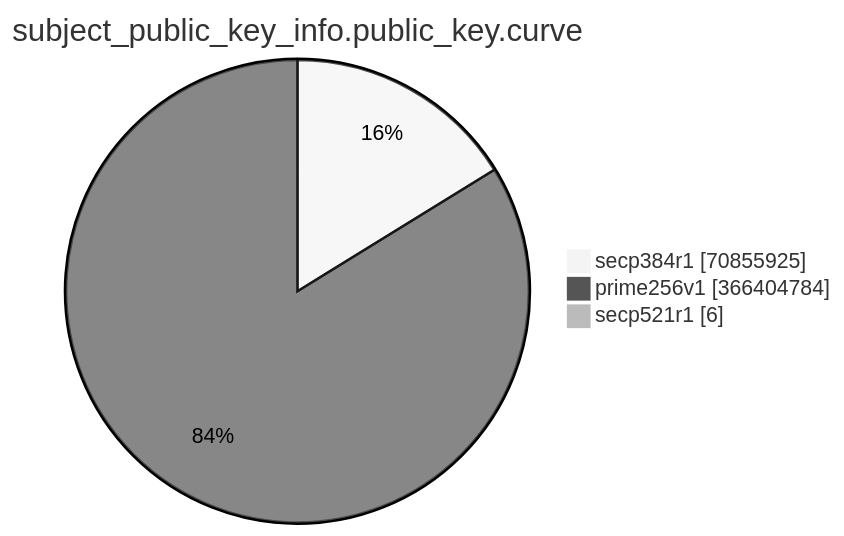
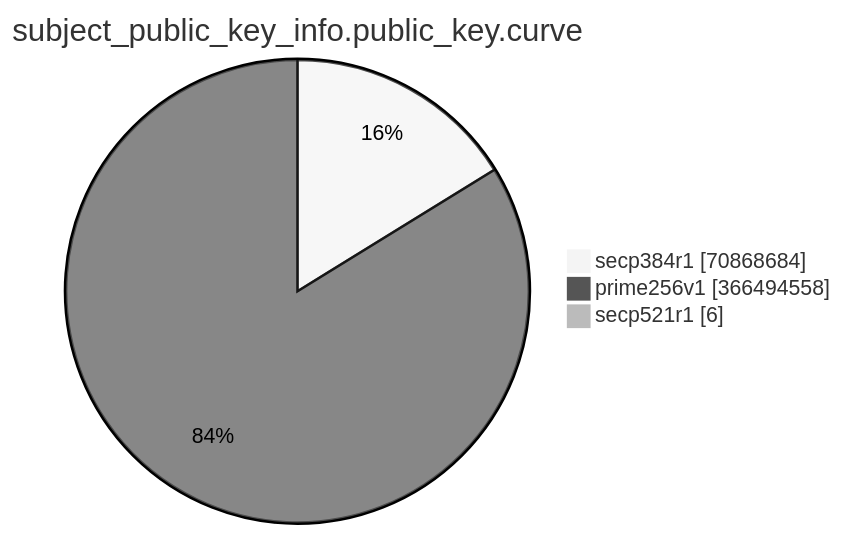
One commit to christiankrug/ctmonitor_visualization changed the eighth of 15 diagrams in TOTAL/README.md. Above: the diagram before and after it, drawn with Mermaid (neutral theme). The commit also changed other lines of this file, not shown here.

````diff
--- a/TOTAL/README.md
+++ b/TOTAL/README.md
@@ -3092,7 +3092,7 @@
 ```mermaid
 pie showData
 title subject_public_key_info.public_key.curve
-"secp384r1" :70855925
-"prime256v1" :366404784
+"secp384r1" :70868684
+"prime256v1" :366494558
 "secp521r1" :6
 ```
````
